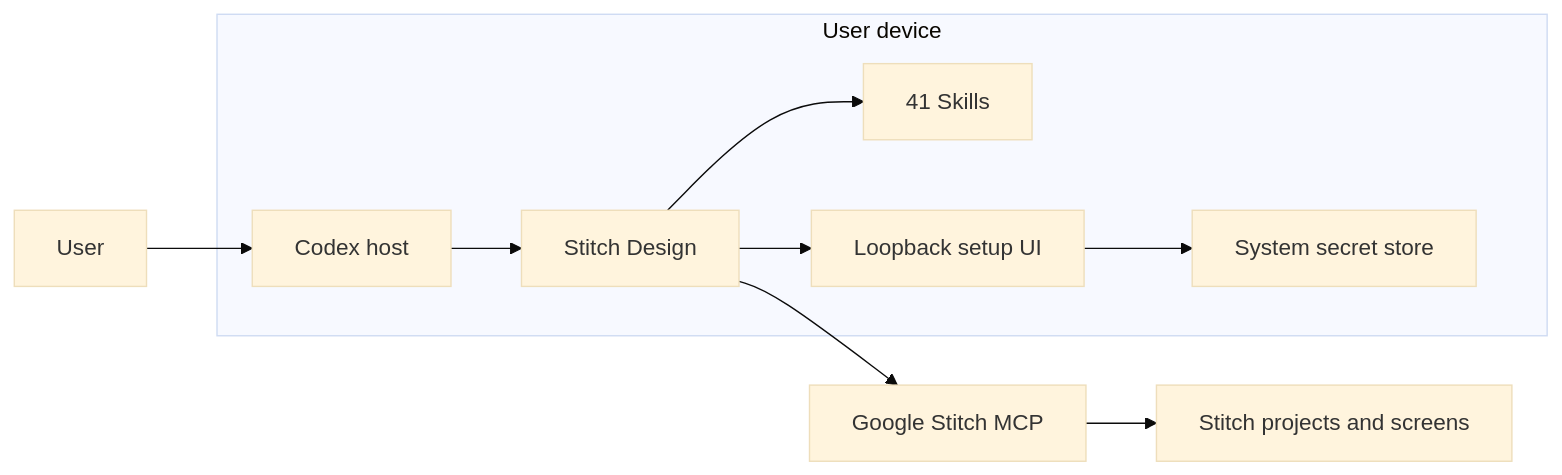
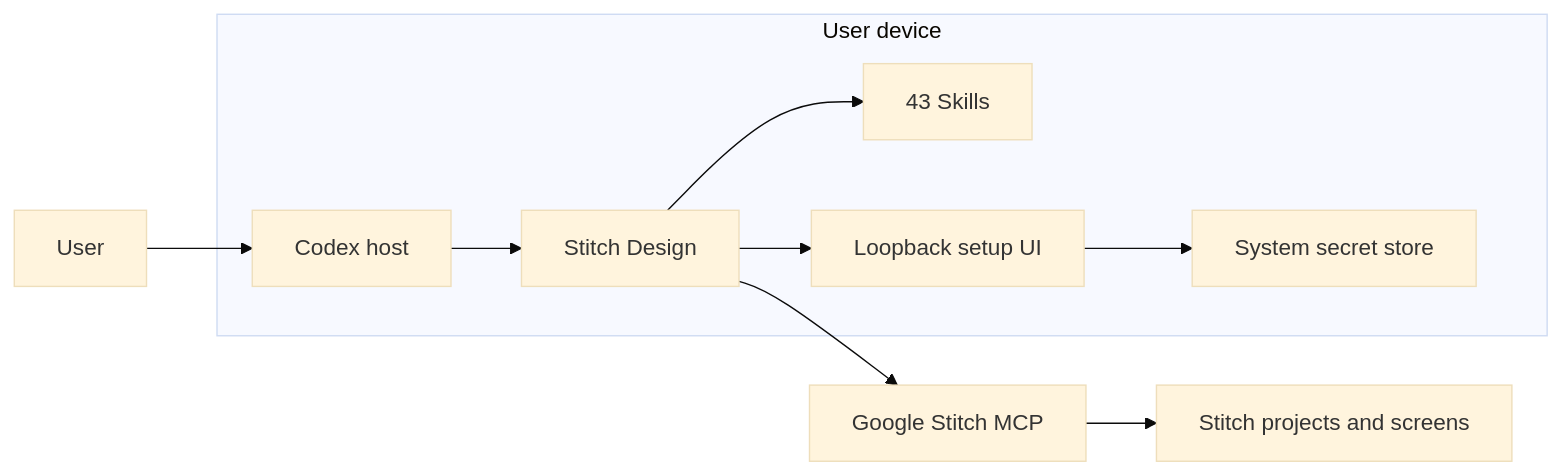
Before and after one commit to full-stack-plugins/stitch-design-plugin: the second of 11 diagrams in docs/Stitch-Design-Architecture.md, drawn with Mermaid (base theme). The commit also changed other lines of this file and 32 other files, not shown here.

````diff
--- a/docs/Stitch-Design-Architecture.md
+++ b/docs/Stitch-Design-Architecture.md
@@ -41,17 +41,17 @@
 ```mermaid
 flowchart LR
     User["User"] --> Codex["Codex host"]
     Codex --> Plugin["Stitch Design"]
-    Plugin --> Skills["41 Skills"]
+    Plugin --> Skills["43 Skills"]
     Plugin --> Setup["Loopback setup UI"]
     Plugin --> MCP["Google Stitch MCP"]
     Setup --> Config["System secret store"]
     MCP --> Stitch["Stitch projects and screens"]
     subgraph Local["User device"]
       Codex
       Plugin
       Skills
       Setup
       Config
     end
 ```
````
